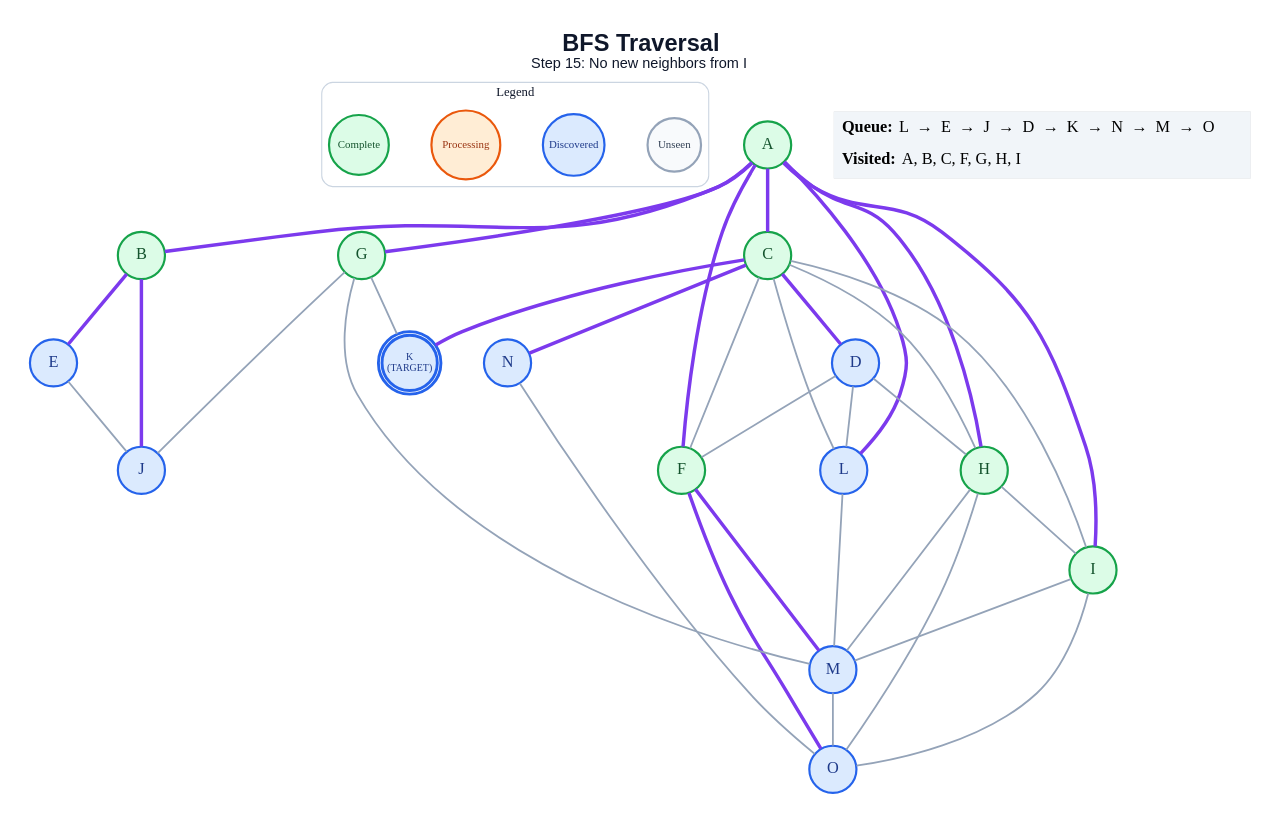
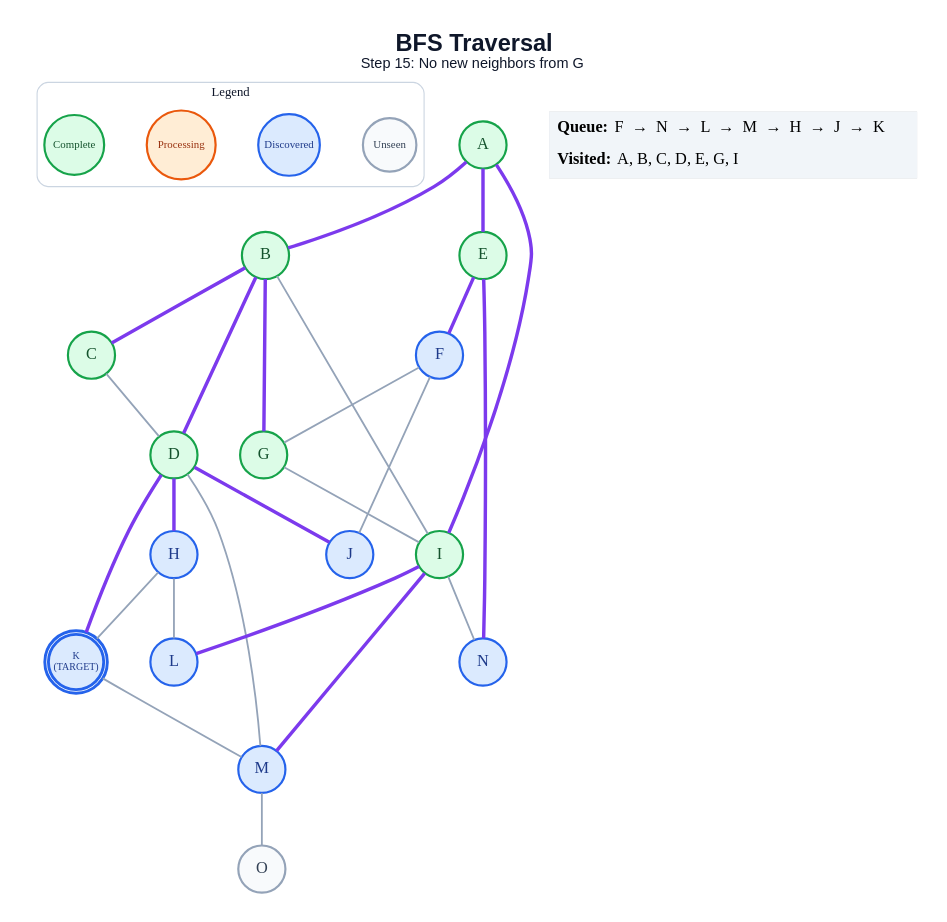
The diagram in generated/specific-node/bfs/step_15.dot (anon7238593-create/ai-slop), drawn with Graphviz before and after one commit. The commit also changed 264 other files, not shown here.

```diff
--- a/generated/specific-node/bfs/step_15.dot
+++ b/generated/specific-node/bfs/step_15.dot
@@ -1,67 +1,58 @@
 graph traversal {
   graph [layout=dot, rankdir=TB, bgcolor="#FFFFFF", pad="0.35", nodesep="0.65", ranksep="0.8", fontname="Arial"];
   node [shape=circle, style="filled", fontname="Arial Bold", fontsize=18, width=0.72, fixedsize=true, penwidth=2.4];
   edge [color="#94A3B8", penwidth=2.0];
-  label=<<B>BFS Traversal</B><BR/><FONT POINT-SIZE="16">Step 15: No new neighbors from I</FONT>>; labelloc="t"; fontsize=26; fontname="Arial"; fontcolor="#0F172A";
+  label=<<B>BFS Traversal</B><BR/><FONT POINT-SIZE="16">Step 15: No new neighbors from G</FONT>>; labelloc="t"; fontsize=26; fontname="Arial"; fontcolor="#0F172A";
   subgraph cluster_legend { label="Legend"; color="#CBD5E1"; penwidth=1.2; style="rounded"; fontsize=14; fontname="Arial Bold";
     key_unseen [label="Unseen", fillcolor="#F8FAFC", color="#94A3B8", fontcolor="#334155", fontsize=12, width=0.82];
     key_frontier [label="Discovered", fillcolor="#DBEAFE", color="#2563EB", fontcolor="#1E3A8A", fontsize=12, width=0.95];
     key_current [label="Processing", fillcolor="#FFEDD5", color="#EA580C", fontcolor="#9A3412", fontsize=12, width=1.05];
     key_done [label="Complete", fillcolor="#DCFCE7", color="#16A34A", fontcolor="#14532D", fontsize=12, width=0.92];
     { rank=same; key_unseen; key_frontier; key_current; key_done; }
   }
   A [label="A", fillcolor="#DCFCE7", color="#16A34A", fontcolor="#14532D", peripheries=1, penwidth=2.4];
   B [label="B", fillcolor="#DCFCE7", color="#16A34A", fontcolor="#14532D", peripheries=1, penwidth=2.4];
   C [label="C", fillcolor="#DCFCE7", color="#16A34A", fontcolor="#14532D", peripheries=1, penwidth=2.4];
-  D [label="D", fillcolor="#DBEAFE", color="#2563EB", fontcolor="#1E3A8A", peripheries=1, penwidth=2.4];
-  E [label="E", fillcolor="#DBEAFE", color="#2563EB", fontcolor="#1E3A8A", peripheries=1, penwidth=2.4];
-  F [label="F", fillcolor="#DCFCE7", color="#16A34A", fontcolor="#14532D", peripheries=1, penwidth=2.4];
+  D [label="D", fillcolor="#DCFCE7", color="#16A34A", fontcolor="#14532D", peripheries=1, penwidth=2.4];
+  E [label="E", fillcolor="#DCFCE7", color="#16A34A", fontcolor="#14532D", peripheries=1, penwidth=2.4];
+  F [label="F", fillcolor="#DBEAFE", color="#2563EB", fontcolor="#1E3A8A", peripheries=1, penwidth=2.4];
   G [label="G", fillcolor="#DCFCE7", color="#16A34A", fontcolor="#14532D", peripheries=1, penwidth=2.4];
-  H [label="H", fillcolor="#DCFCE7", color="#16A34A", fontcolor="#14532D", peripheries=1, penwidth=2.4];
+  H [label="H", fillcolor="#DBEAFE", color="#2563EB", fontcolor="#1E3A8A", peripheries=1, penwidth=2.4];
   I [label="I", fillcolor="#DCFCE7", color="#16A34A", fontcolor="#14532D", peripheries=1, penwidth=2.4];
   J [label="J", fillcolor="#DBEAFE", color="#2563EB", fontcolor="#1E3A8A", peripheries=1, penwidth=2.4];
   K [label="K\n(TARGET)", fillcolor="#DBEAFE", color="#2563EB", fontcolor="#1E3A8A", peripheries=2, penwidth=3.2, fontsize=11, width=0.85, height=0.85];
   L [label="L", fillcolor="#DBEAFE", color="#2563EB", fontcolor="#1E3A8A", peripheries=1, penwidth=2.4];
   M [label="M", fillcolor="#DBEAFE", color="#2563EB", fontcolor="#1E3A8A", peripheries=1, penwidth=2.4];
   N [label="N", fillcolor="#DBEAFE", color="#2563EB", fontcolor="#1E3A8A", peripheries=1, penwidth=2.4];
-  O [label="O", fillcolor="#DBEAFE", color="#2563EB", fontcolor="#1E3A8A", peripheries=1, penwidth=2.4];
+  O [label="O", fillcolor="#F8FAFC", color="#94A3B8", fontcolor="#334155", peripheries=1, penwidth=2.4];
   A -- B [color="#7C3AED", penwidth=3.8];
-  A -- C [color="#7C3AED", penwidth=3.8];
-  A -- F [color="#7C3AED", penwidth=3.8];
-  A -- G [color="#7C3AED", penwidth=3.8];
-  A -- H [color="#7C3AED", penwidth=3.8];
+  A -- E [color="#7C3AED", penwidth=3.8];
   A -- I [color="#7C3AED", penwidth=3.8];
-  A -- L [color="#7C3AED", penwidth=3.8];
-  B -- E [color="#7C3AED", penwidth=3.8];
-  B -- J [color="#7C3AED", penwidth=3.8];
-  C -- D [color="#7C3AED", penwidth=3.8];
-  C -- F;
-  C -- H;
-  C -- I;
-  C -- K [color="#7C3AED", penwidth=3.8];
-  C -- L;
-  C -- N [color="#7C3AED", penwidth=3.8];
-  D -- F;
-  D -- H;
-  D -- L;
-  E -- J;
-  F -- M [color="#7C3AED", penwidth=3.8];
-  F -- O [color="#7C3AED", penwidth=3.8];
-  G -- J;
-  G -- K;
-  G -- M;
-  H -- I;
-  H -- M;
-  H -- O;
-  I -- M;
-  I -- O;
-  L -- M;
+  B -- C [color="#7C3AED", penwidth=3.8];
+  B -- D [color="#7C3AED", penwidth=3.8];
+  B -- G [color="#7C3AED", penwidth=3.8];
+  B -- I;
+  C -- D;
+  D -- H [color="#7C3AED", penwidth=3.8];
+  D -- J [color="#7C3AED", penwidth=3.8];
+  D -- K [color="#7C3AED", penwidth=3.8];
+  D -- M;
+  E -- F [color="#7C3AED", penwidth=3.8];
+  E -- N [color="#7C3AED", penwidth=3.8];
+  F -- G;
+  F -- J;
+  G -- I;
+  H -- K;
+  H -- L;
+  I -- L [color="#7C3AED", penwidth=3.8];
+  I -- M [color="#7C3AED", penwidth=3.8];
+  I -- N;
+  K -- M;
   M -- O;
-  N -- O;
   status [shape=plain, fixedsize=false, width=0, height=0, margin=0, label=<
     <TABLE BORDER="0" CELLBORDER="0" CELLPADDING="7" BGCOLOR="#F1F5F9">
-      <TR><TD ALIGN="LEFT"><B>Queue:</B> L  →  E  →  J  →  D  →  K  →  N  →  M  →  O</TD></TR>
-      <TR><TD ALIGN="LEFT"><B>Visited:</B> A, B, C, F, G, H, I</TD></TR>
+      <TR><TD ALIGN="LEFT"><B>Queue:</B> F  →  N  →  L  →  M  →  H  →  J  →  K</TD></TR>
+      <TR><TD ALIGN="LEFT"><B>Visited:</B> A, B, C, D, E, G, I</TD></TR>
     </TABLE>
   >];
 }
```
